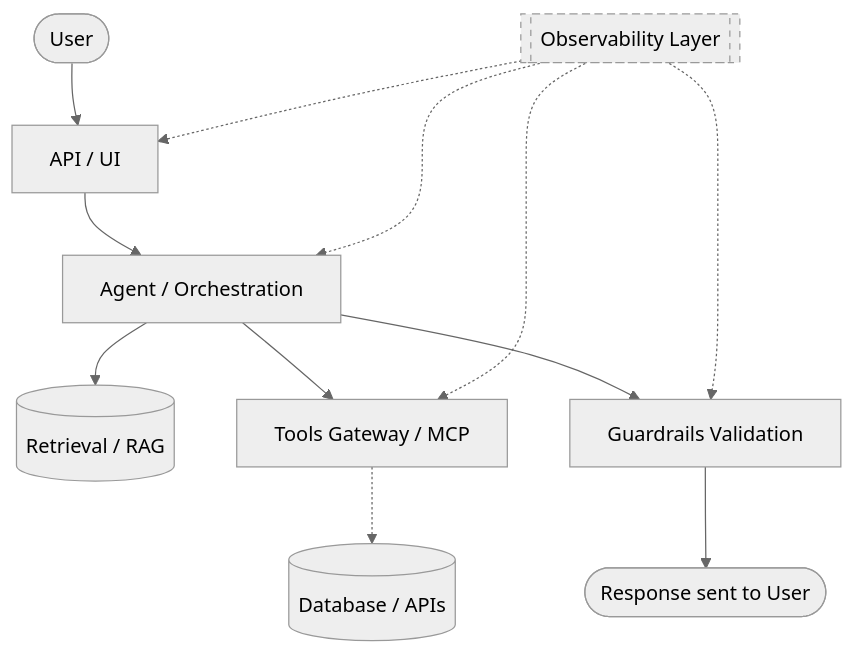
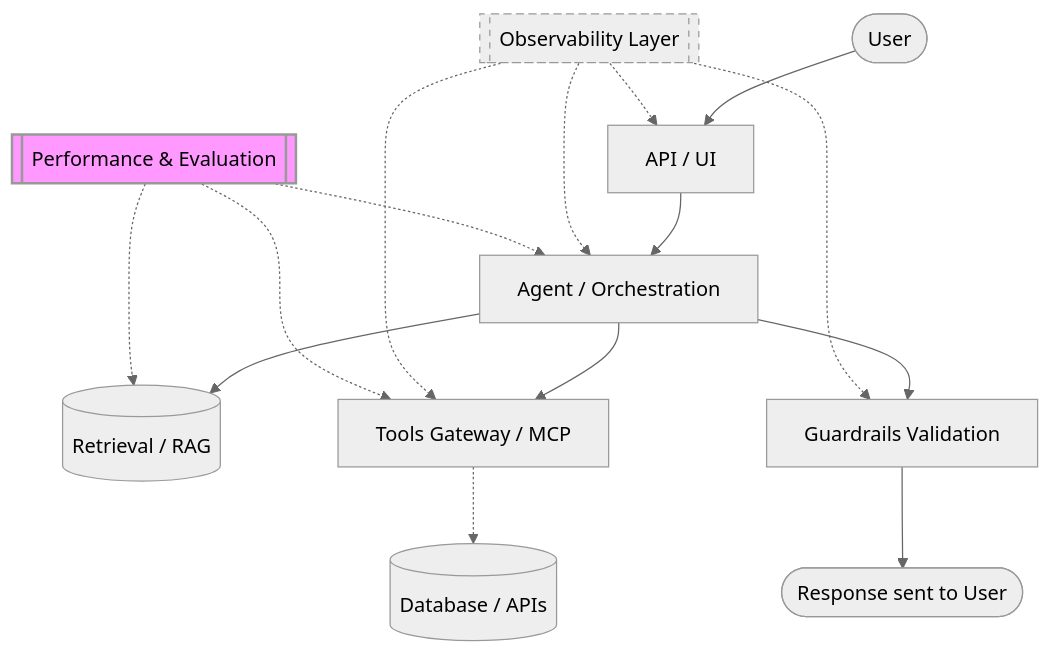
One commit to travellingcoderr/ai-engineer-playbook changed the diagram in docs/architecture.md. Above: the diagram before and after it, drawn with Mermaid (neutral theme). The commit also changed other lines of this file and 25 other files, not shown here.

````diff
--- a/docs/architecture.md
+++ b/docs/architecture.md
@@ -15,17 +16,22 @@
 ```mermaid
 flowchart TD
     User([User]) --> Interface[API / UI]
     Interface --> Agent[Agent / Orchestration]
     Agent --> Retrieval[(Retrieval / RAG)]
     Agent --> Tools[Tools Gateway / MCP]
     Tools -.-> DB[(Database / APIs)]
     Agent --> Guardrails[Guardrails Validation]
     Guardrails --> Output([Response sent to User])
     
     Observability[[Observability Layer]] -.-> Interface
     Observability -.-> Agent
     Observability -.-> Tools
     Observability -.-> Guardrails
     
+    PerfEval[[Performance & Evaluation]] -.-> Agent
+    PerfEval -.-> Retrieval
+    PerfEval -.-> Tools
+    
     style Observability stroke-dasharray: 5 5
+    style PerfEval fill:#f9f,stroke:#333By,stroke-width:2px
 ```
````
